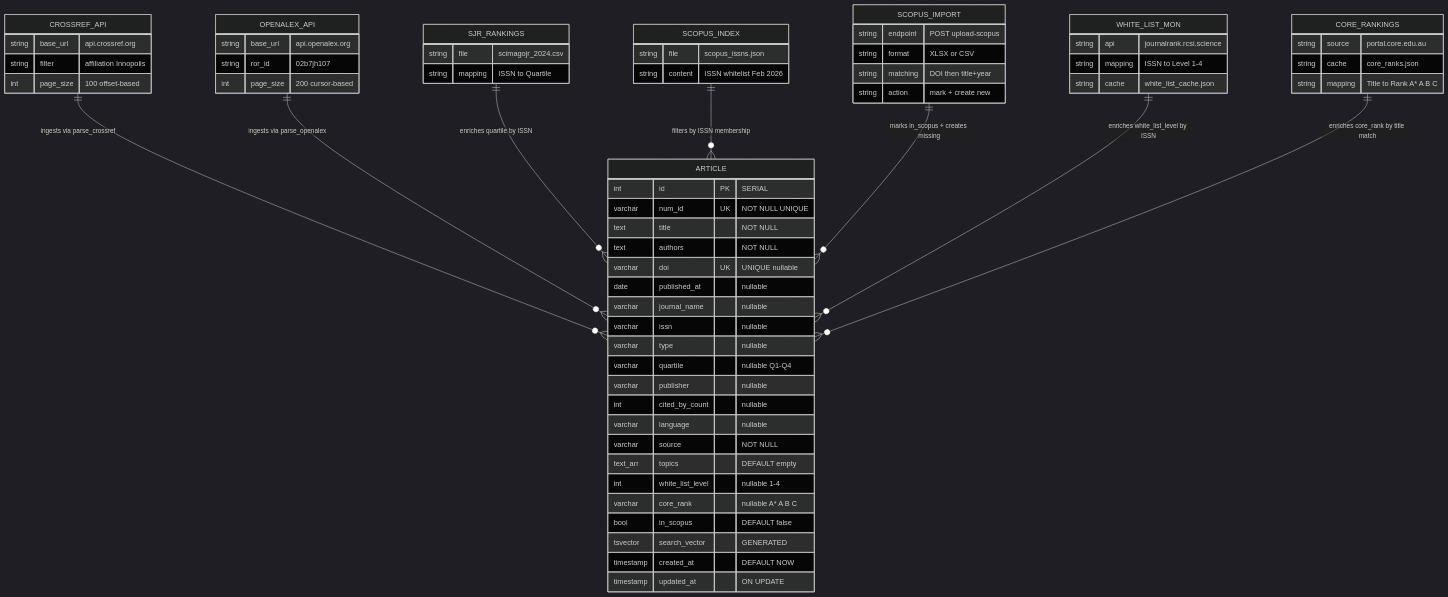
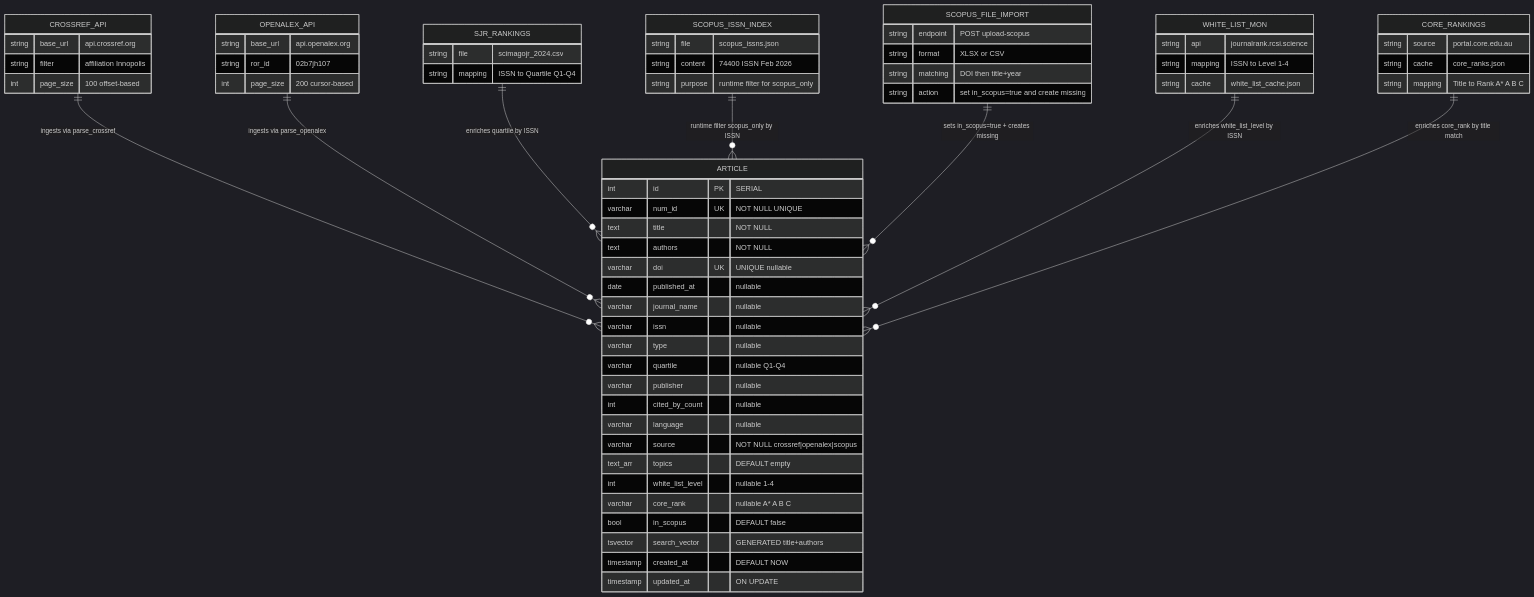
The diagram in diagrams/erd.mmd (sevarus23/Mon_pub), drawn with Mermaid (dark theme) before and after one commit. The commit also changed 6 other files, not shown here.

First line of the commit message:
Redesign DFD in Gane-Sarson notation and fix ERD

```diff
--- a/diagrams/erd.mmd
+++ b/diagrams/erd.mmd
@@ -1,73 +1,74 @@
 erDiagram
     ARTICLE {
         int id PK "SERIAL"
         varchar num_id UK "NOT NULL UNIQUE"
         text title "NOT NULL"
         text authors "NOT NULL"
         varchar doi UK "UNIQUE nullable"
         date published_at "nullable"
         varchar journal_name "nullable"
         varchar issn "nullable"
         varchar type "nullable"
         varchar quartile "nullable Q1-Q4"
         varchar publisher "nullable"
         int cited_by_count "nullable"
         varchar language "nullable"
-        varchar source "NOT NULL"
+        varchar source "NOT NULL crossref|openalex|scopus"
         text_arr topics "DEFAULT empty"
         int white_list_level "nullable 1-4"
         varchar core_rank "nullable A* A B C"
         bool in_scopus "DEFAULT false"
-        tsvector search_vector "GENERATED"
+        tsvector search_vector "GENERATED title+authors"
         timestamp created_at "DEFAULT NOW"
         timestamp updated_at "ON UPDATE"
     }
 
     CROSSREF_API {
         string base_url "api.crossref.org"
         string filter "affiliation Innopolis"
         int page_size "100 offset-based"
     }
 
     OPENALEX_API {
         string base_url "api.openalex.org"
         string ror_id "02b7jh107"
         int page_size "200 cursor-based"
     }
 
     SJR_RANKINGS {
         string file "scimagojr_2024.csv"
-        string mapping "ISSN to Quartile"
+        string mapping "ISSN to Quartile Q1-Q4"
     }
 
-    SCOPUS_INDEX {
+    SCOPUS_ISSN_INDEX {
         string file "scopus_issns.json"
-        string content "ISSN whitelist Feb 2026"
+        string content "74400 ISSN Feb 2026"
+        string purpose "runtime filter for scopus_only"
     }
 
-    SCOPUS_IMPORT {
+    SCOPUS_FILE_IMPORT {
         string endpoint "POST upload-scopus"
         string format "XLSX or CSV"
         string matching "DOI then title+year"
-        string action "mark + create new"
+        string action "set in_scopus=true and create missing"
     }
 
     WHITE_LIST_MON {
         string api "journalrank.rcsi.science"
         string mapping "ISSN to Level 1-4"
         string cache "white_list_cache.json"
     }
 
     CORE_RANKINGS {
         string source "portal.core.edu.au"
         string cache "core_ranks.json"
         string mapping "Title to Rank A* A B C"
     }
 
     CROSSREF_API ||--o{ ARTICLE : "ingests via parse_crossref"
     OPENALEX_API ||--o{ ARTICLE : "ingests via parse_openalex"
     SJR_RANKINGS ||--o{ ARTICLE : "enriches quartile by ISSN"
-    SCOPUS_INDEX ||--o{ ARTICLE : "filters by ISSN membership"
-    SCOPUS_IMPORT ||--o{ ARTICLE : "marks in_scopus + creates missing"
+    SCOPUS_ISSN_INDEX ||--o{ ARTICLE : "runtime filter scopus_only by ISSN"
+    SCOPUS_FILE_IMPORT ||--o{ ARTICLE : "sets in_scopus=true + creates missing"
     WHITE_LIST_MON ||--o{ ARTICLE : "enriches white_list_level by ISSN"
     CORE_RANKINGS ||--o{ ARTICLE : "enriches core_rank by title match"
```
